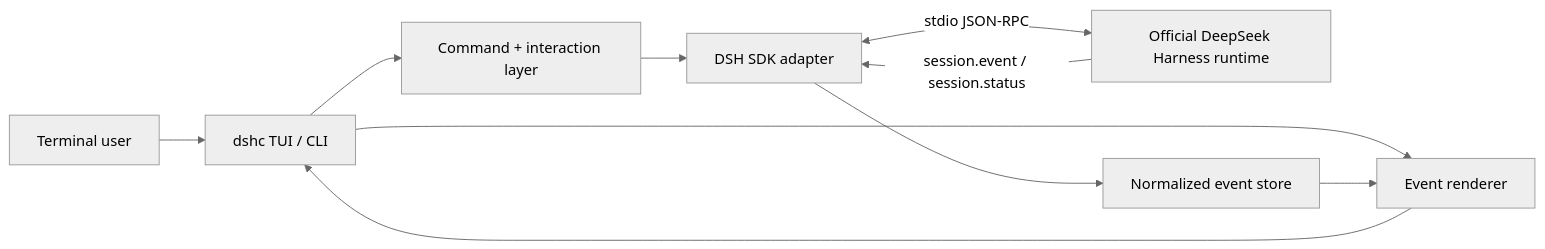
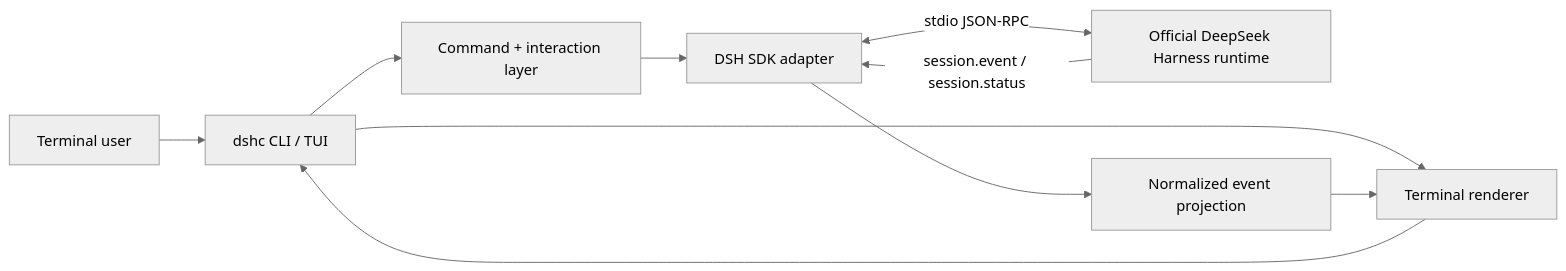
Before and after one commit to 1919-doomer/DeepseekHarness-CLI: the diagram in README.md, drawn with Mermaid (neutral theme). The commit also changed other lines of this file, not shown here.

````diff
--- a/README.md
+++ b/README.md
@@ -60,12 +83,12 @@
 ```mermaid
 flowchart LR
-    U[Terminal user] --> T[dshc TUI / CLI]
+    U[Terminal user] --> T[dshc CLI / TUI]
     T --> C[Command + interaction layer]
-    T --> R[Event renderer]
+    T --> R[Terminal renderer]
     C --> S[DSH SDK adapter]
     S <-->|stdio JSON-RPC| H[Official DeepSeek Harness runtime]
     H -->|session.event / session.status| S
-    S --> E[Normalized event store]
+    S --> E[Normalized event projection]
     E --> R
     R --> T
 ```
````
